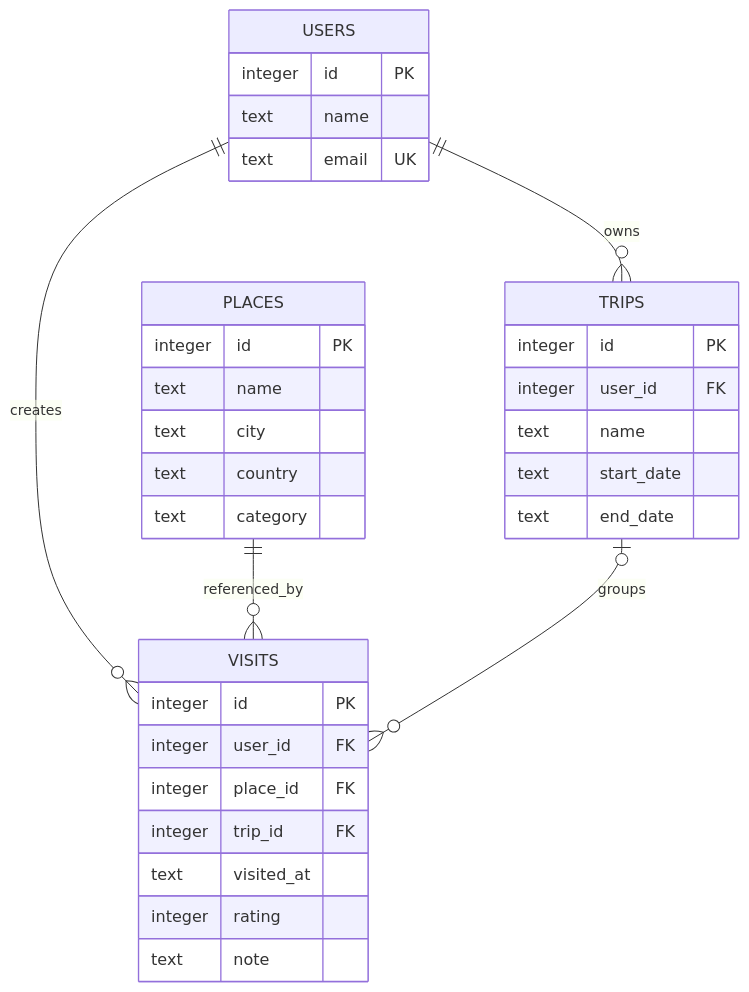
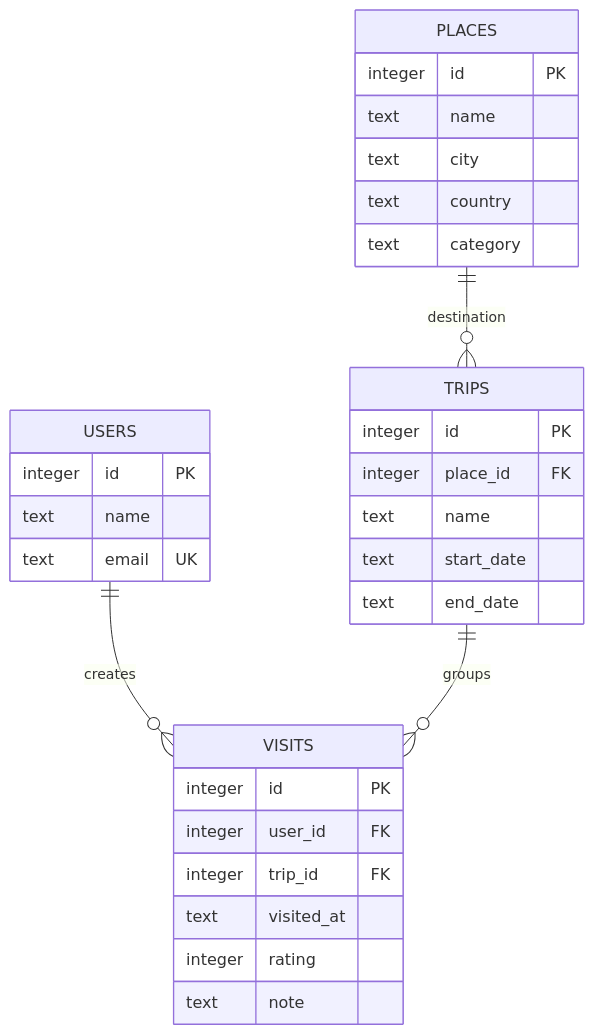
The diagram in REPORT_PR3.md (glogvinoff-tech/visited-places), drawn with Mermaid before and after one commit. The commit also changed other lines of this file and 87 other files, not shown here.

````diff
--- a/REPORT_PR3.md
+++ b/REPORT_PR3.md
@@ -100,39 +100,37 @@
 ```mermaid
 erDiagram
-    USERS ||--o{ TRIPS : owns
     USERS ||--o{ VISITS : creates
-    PLACES ||--o{ VISITS : referenced_by
-    TRIPS o|--o{ VISITS : groups
+    PLACES ||--o{ TRIPS : destination
+    TRIPS ||--o{ VISITS : groups
 
     USERS {
         integer id PK
         text name
         text email UK
     }
 
     PLACES {
         integer id PK
         text name
         text city
         text country
         text category
     }
 
     TRIPS {
         integer id PK
-        integer user_id FK
+        integer place_id FK
         text name
         text start_date
         text end_date
     }
 
     VISITS {
         integer id PK
         integer user_id FK
-        integer place_id FK
         integer trip_id FK
         text visited_at
         integer rating
         text note
     }
 ```
````
